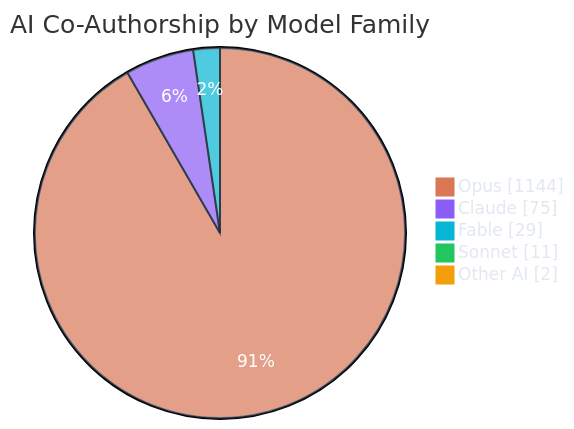
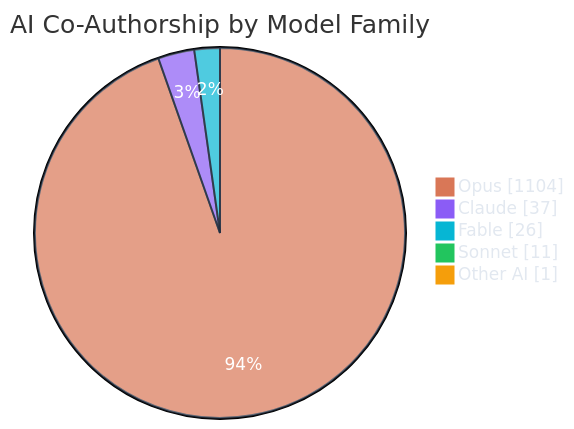
Before and after one commit to polo-nyan/polo-nyan: the third of 7 diagrams in README.md, drawn with Mermaid. The commit also changed other lines of this file and 1 other file, not shown here.

````diff
--- a/README.md
+++ b/README.md
@@ -279,10 +279,10 @@
 ```mermaid
 %%{init: {"theme": "base", "themeVariables": { "pie1": "#d97757", "pie2": "#8b5cf6", "pie3": "#06b6d4", "pie4": "#22c55e", "pie5": "#f59e0b", "pie6": "#ec4899", "pieTextColor": "#ffffff", "pieLegendTextColor": "#e2e8f0", "pieSectionTextColor": "#ffffff", "pieStrokeColor": "#1e293b" }}}%%
 pie showData
     title AI Co-Authorship by Model Family
-    "Opus" : 1144
-    "Claude" : 75
-    "Fable" : 29
+    "Opus" : 1104
+    "Claude" : 37
+    "Fable" : 26
     "Sonnet" : 11
-    "Other AI" : 2
+    "Other AI" : 1
 ```
````
